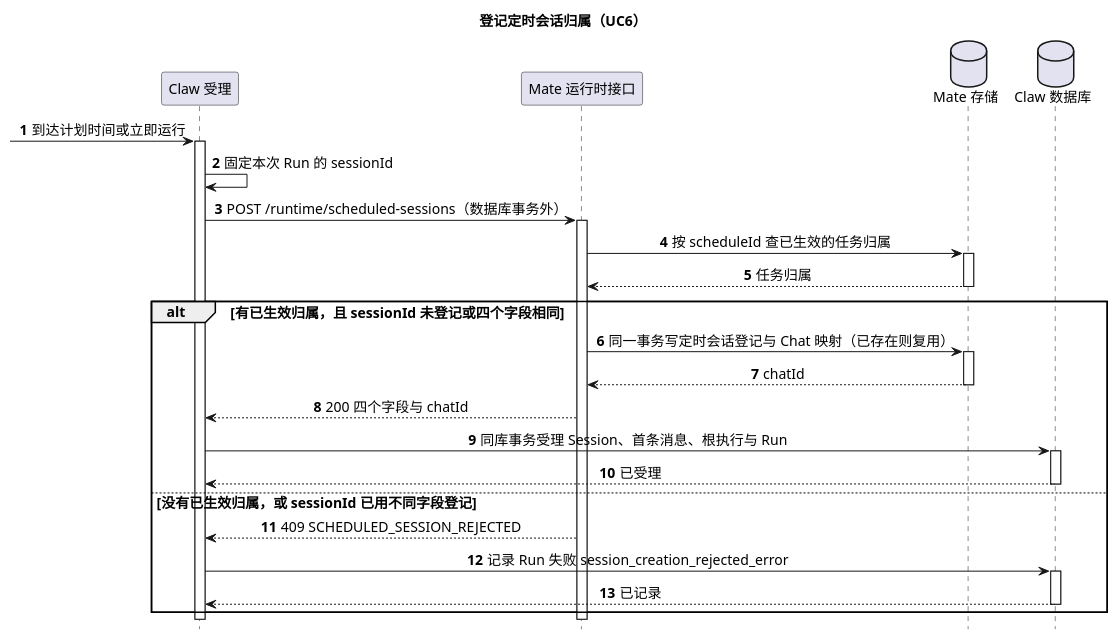
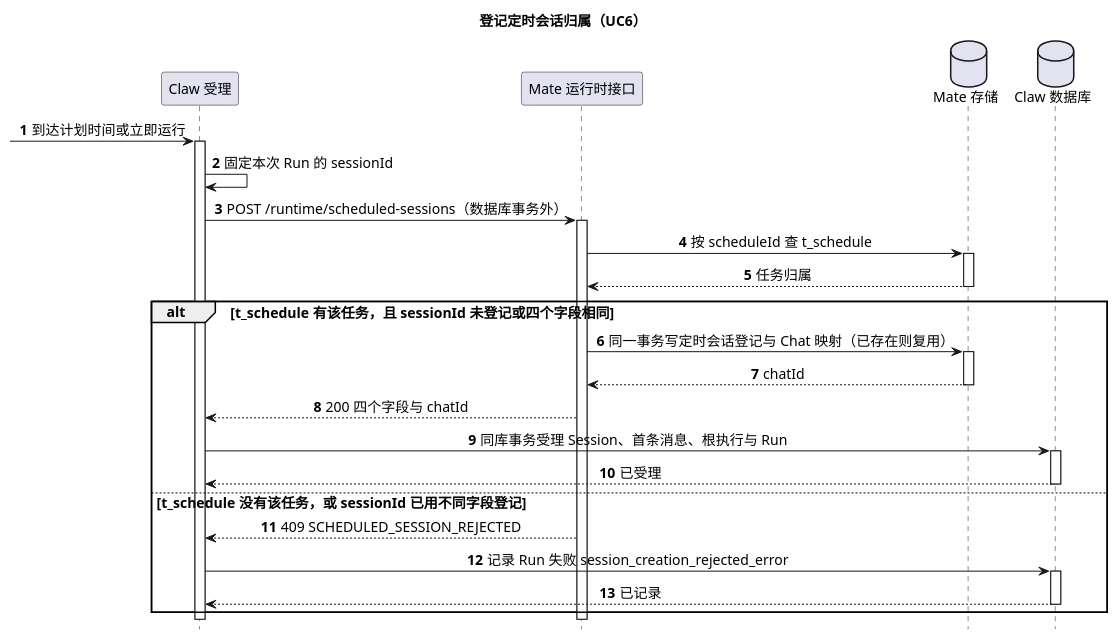
The third of 4 diagrams in 02-服务与接口/08-mate-service定时任务/diagram.puml (ssm0808/pi-mono-java-design), drawn with PlantUML before and after one commit. The commit also changed other lines of this file and 6 other files, not shown here.

First line of the commit message:
Mate 定时任务：t_schedule 只记录归属，去掉归属表与配额表

```diff
--- a/02-服务与接口/08-mate-service定时任务/diagram.puml
+++ b/02-服务与接口/08-mate-service定时任务/diagram.puml
@@ -93,34 +92,34 @@
 @startuml mate_session_registration
 ' 目标：待实现；UC6 接口配置的任务每次运行前，Claw 请求 Mate 登记新 Session 的归属。
 ' Claw 基线：pi-mono-java main ead67eba，schedule/session/ScheduledSessionStarter.prepare、confirmRegistration；schedule/mate/MateScheduleSessionRegistry 默认返回服务不可用。
 ' 接口路径为草案（README.md 评审 Todo M3）；mate-service 源码未核验。
 ' 表达方式：画登记成功与被拒绝；结果未知时 Claw 改用只读核对，见 README.md 第 3.6 节。
 title 登记定时会话归属（UC6）
 hide footbox
 skinparam backgroundColor white
 skinparam defaultFontSize 14
 skinparam sequenceMessageAlign center
 participant "Claw 受理" as Claw
 participant "Mate 运行时接口" as Mate
 database "Mate 存储" as MateStore
 database "Claw 数据库" as ClawStore
 autonumber
 [-> Claw ++ : 到达计划时间或立即运行
 Claw -> Claw : 固定本次 Run 的 sessionId
 Claw -> Mate ++ : POST /runtime/scheduled-sessions（数据库事务外）
-Mate -> MateStore ++ : 按 scheduleId 查已生效的任务归属
+Mate -> MateStore ++ : 按 scheduleId 查 t_schedule
 return 任务归属
-alt 有已生效归属，且 sessionId 未登记或四个字段相同
+alt t_schedule 有该任务，且 sessionId 未登记或四个字段相同
   Mate -> MateStore ++ : 同一事务写定时会话登记与 Chat 映射（已存在则复用）
   return chatId
   Mate --> Claw : 200 四个字段与 chatId
   Claw -> ClawStore ++ : 同库事务受理 Session、首条消息、根执行与 Run
   return 已受理
-else 没有已生效归属，或 sessionId 已用不同字段登记
+else t_schedule 没有该任务，或 sessionId 已用不同字段登记
   Mate --> Claw : 409 SCHEDULED_SESSION_REJECTED
   Claw -> ClawStore ++ : 记录 Run 失败 session_creation_rejected_error
   return 已记录
 end
 deactivate Mate
 deactivate Claw
 @enduml
```
